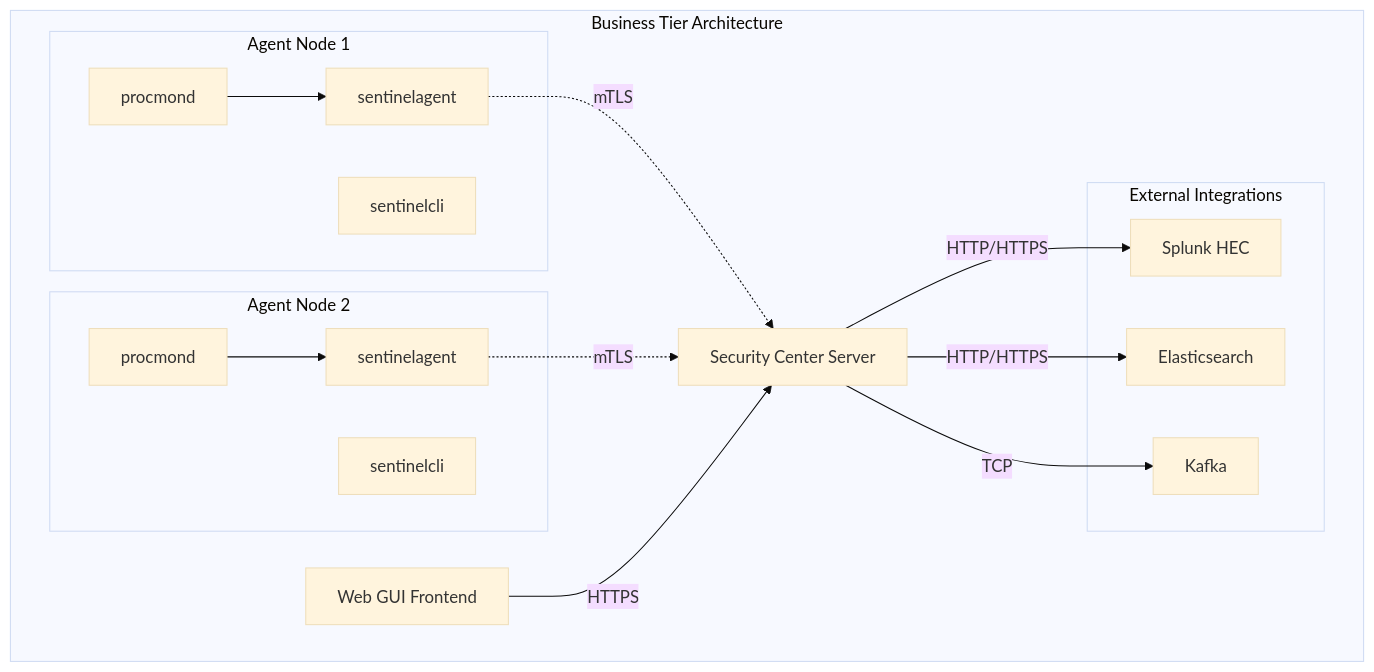
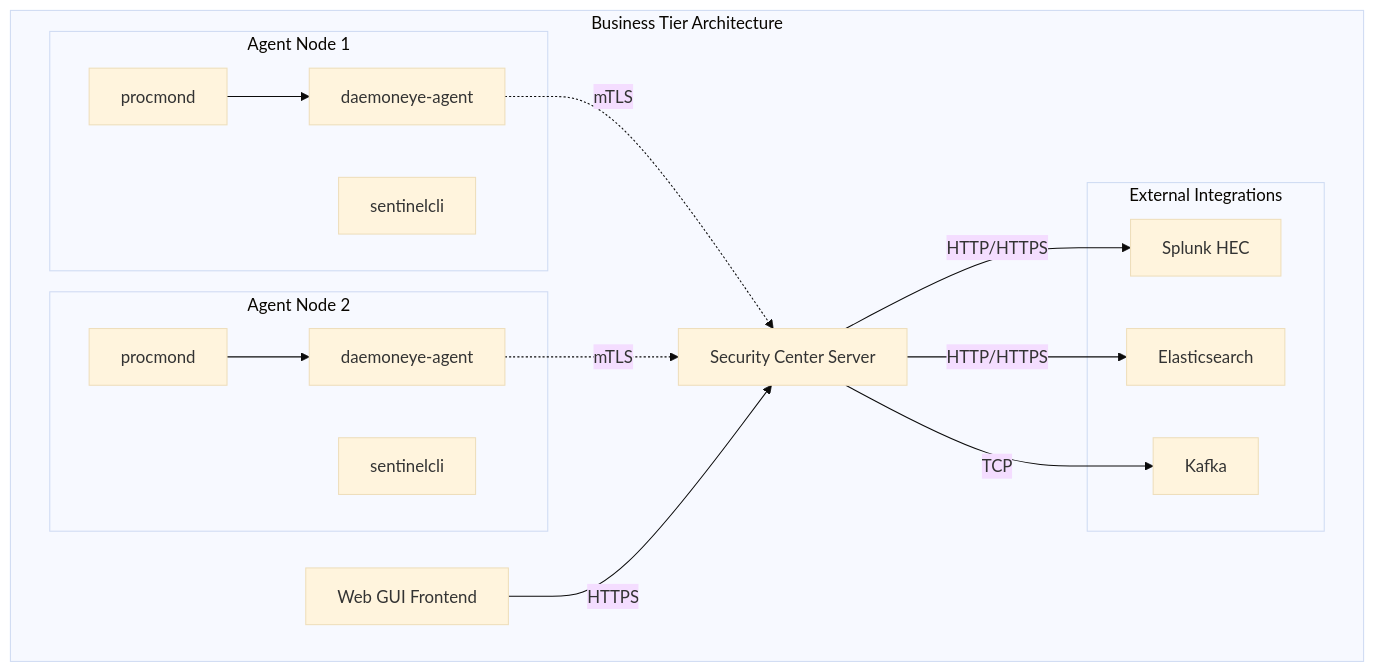
Before and after one commit to EvilBit-Labs/DaemonEye: the diagram in docs/src/technical/business-tier.md, drawn with Mermaid (base theme). The commit also changed other lines of this file and 31 other files, not shown here.

````diff
--- a/docs/src/technical/business-tier.md
+++ b/docs/src/technical/business-tier.md
@@ -21,35 +21,35 @@
 ```mermaid
 graph TB
     subgraph "Business Tier Architecture"
         SC[Security Center Server]
         GUI[Web GUI Frontend]
 
         subgraph "Agent Node 1"
             PM1[procmond]
-            SA1[sentinelagent]
+            SA1[daemoneye-agent]
             CLI1[sentinelcli]
         end
 
         subgraph "Agent Node 2"
             PM2[procmond]
-            SA2[sentinelagent]
+            SA2[daemoneye-agent]
             CLI2[sentinelcli]
         end
 
         subgraph "External Integrations"
             SPLUNK[Splunk HEC]
             ELASTIC[Elasticsearch]
             KAFKA[Kafka]
         end
     end
 
     SA1 -.->|mTLS| SC
     SA2 -.->|mTLS| SC
     GUI -->|HTTPS| SC
     SC -->|HTTP/HTTPS| SPLUNK
     SC -->|HTTP/HTTPS| ELASTIC
     SC -->|TCP| KAFKA
 
     PM1 --> SA1
     PM2 --> SA2
 ```
````
